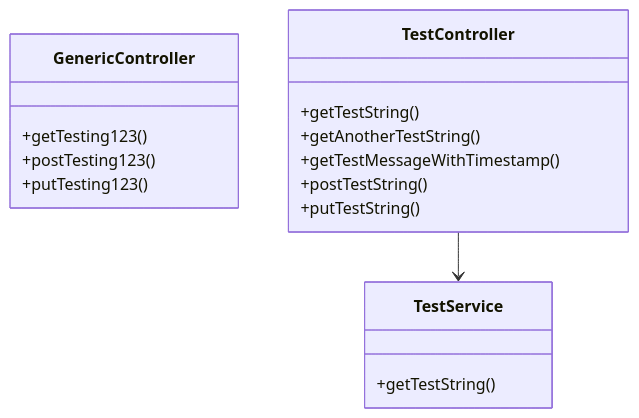
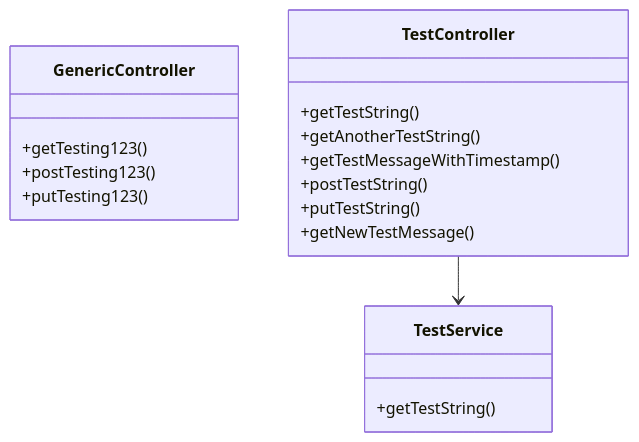
The diagram in docs/api-diagram.md (agravell047/AI-test), drawn with Mermaid before and after one commit. The commit also changed 6 other files, not shown here.

````diff
--- a/docs/api-diagram.md
+++ b/docs/api-diagram.md
@@ -5,19 +5,20 @@
 ```mermaid
 classDiagram
     class GenericController {
         +getTesting123()
         +postTesting123()
         +putTesting123()
     }
     class TestController {
         +getTestString()
         +getAnotherTestString()
         +getTestMessageWithTimestamp()
         +postTestString()
         +putTestString()
+        +getNewTestMessage()
     }
     class TestService {
         +getTestString()
     }
     TestController --> TestService
 ```
````
